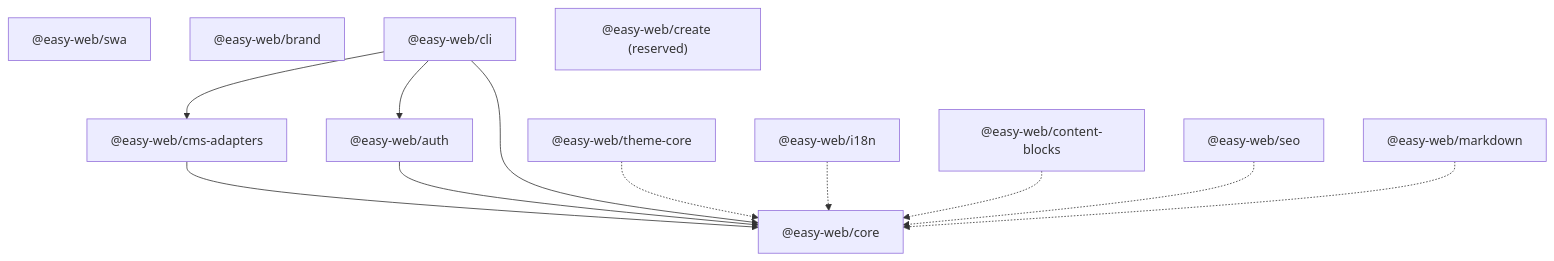
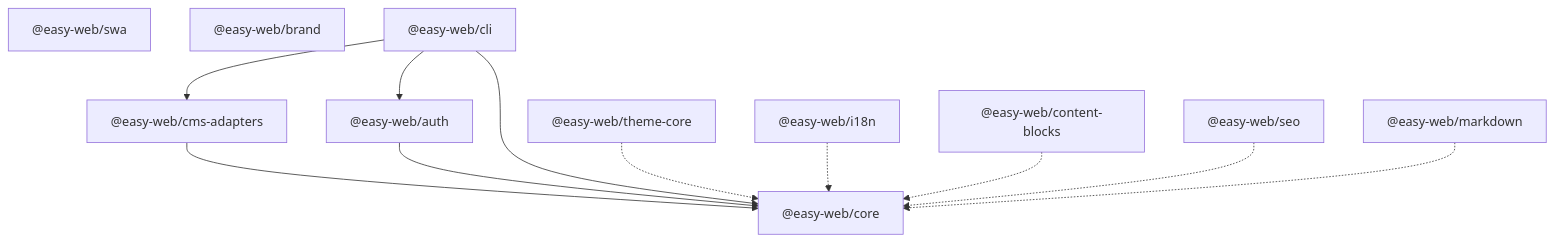
Before and after one commit to achimismaili/easy-web: the first of 3 diagrams in apps/docs/src/content/docs/architecture/index.mdx, drawn with Mermaid. The commit also changed other lines of this file and 14 other files, not shown here.

````diff
--- a/apps/docs/src/content/docs/architecture/index.mdx
+++ b/apps/docs/src/content/docs/architecture/index.mdx
@@ -35,26 +34,25 @@
 ```mermaid
 graph TD
     CORE["@easy-web/core"]
     CMS["@easy-web/cms-adapters"]
     SWA["@easy-web/swa"]
     AUTH["@easy-web/auth"]
     BRAND["@easy-web/brand"]
     CLI["@easy-web/cli"]
-    CREATE["@easy-web/create (reserved)"]
     TC["@easy-web/theme-core"]
     I18N["@easy-web/i18n"]
     CB["@easy-web/content-blocks"]
     SEO["@easy-web/seo"]
     MD["@easy-web/markdown"]
 
     CMS --> CORE
     AUTH --> CORE
     CLI --> CORE
     CLI --> CMS
     CLI --> AUTH
     TC -.-> CORE
     I18N -.-> CORE
     CB -.-> CORE
     SEO -.-> CORE
     MD -.-> CORE
 ```
````
